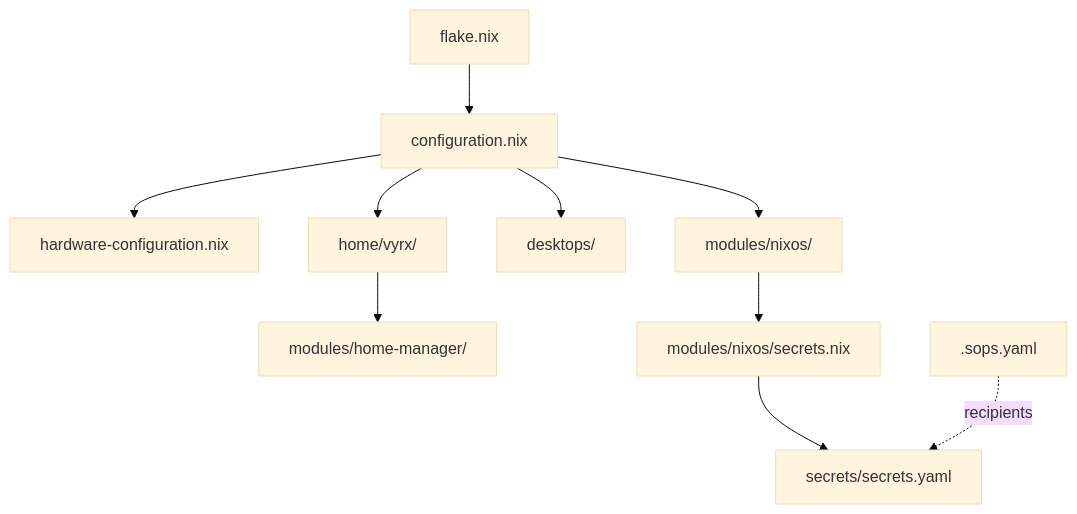
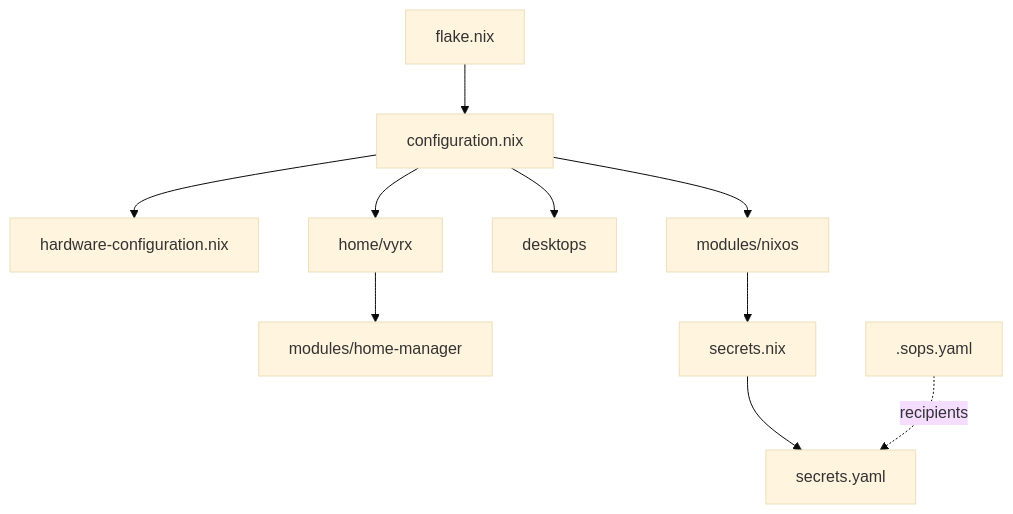
One commit to vyrx-dev/nix-config changed the first of 2 diagrams in README.md. Above: the diagram before and after it, drawn with Mermaid (base theme). The commit also changed other lines of this file, not shown here.

````diff
--- a/README.md
+++ b/README.md
@@ -22,12 +14,12 @@
 ```mermaid
 flowchart TD
-    F["flake.nix"] --> C["configuration.nix"]
-    C --> HW["hardware-configuration.nix"]
-    C --> M["modules/nixos/"]
-    C --> D["desktops/"]
-    C --> H["home/vyrx/"]
-    H --> HM["modules/home-manager/"]
-    M --> S["modules/nixos/secrets.nix"]
-    S --> SY["secrets/secrets.yaml"]
-    SO[".sops.yaml"] -. recipients .-> SY
+    F[flake.nix] --> C[configuration.nix]
+    C --> HW[hardware-configuration.nix]
+    C --> M[modules/nixos]
+    C --> D[desktops]
+    C --> H[home/vyrx]
+    H --> HM[modules/home-manager]
+    M --> S[secrets.nix]
+    S --> V[secrets.yaml]
+    SO[.sops.yaml] -. recipients .-> V
 ```
````
